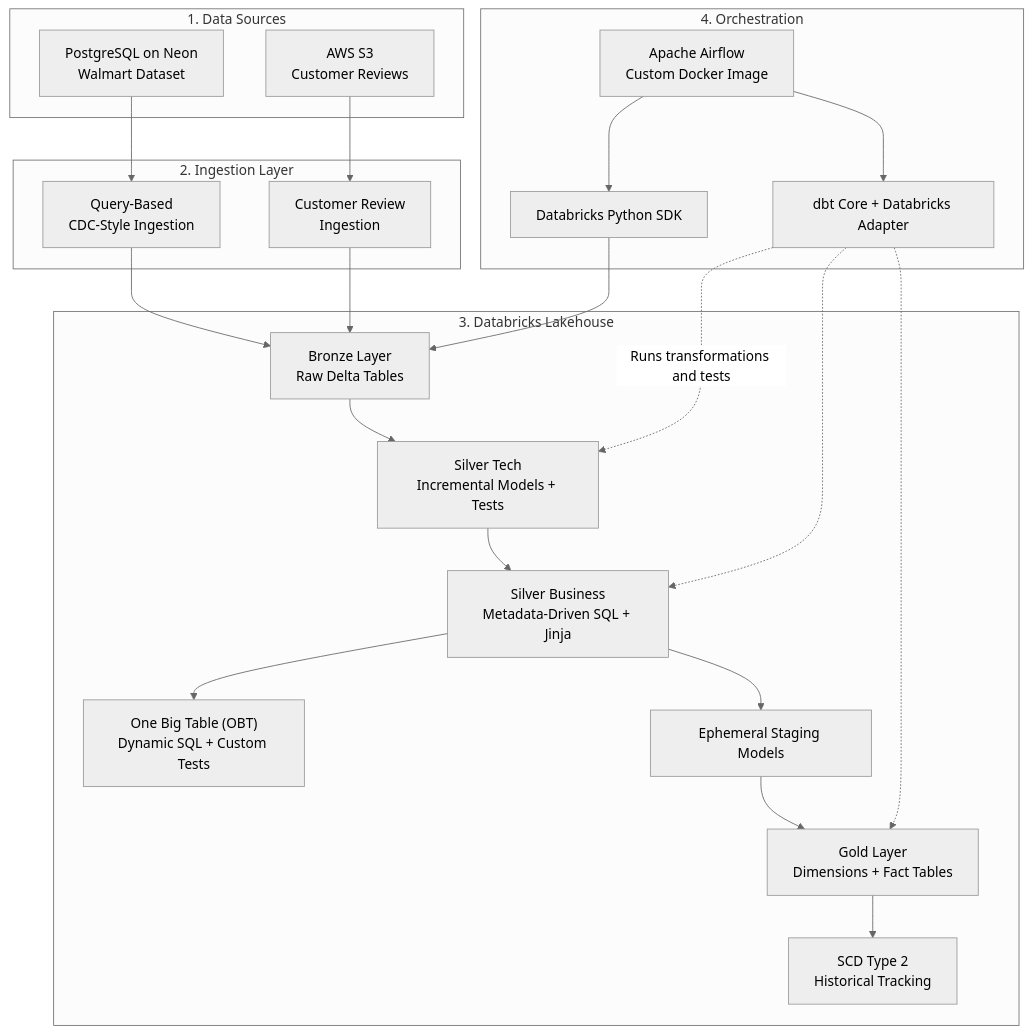
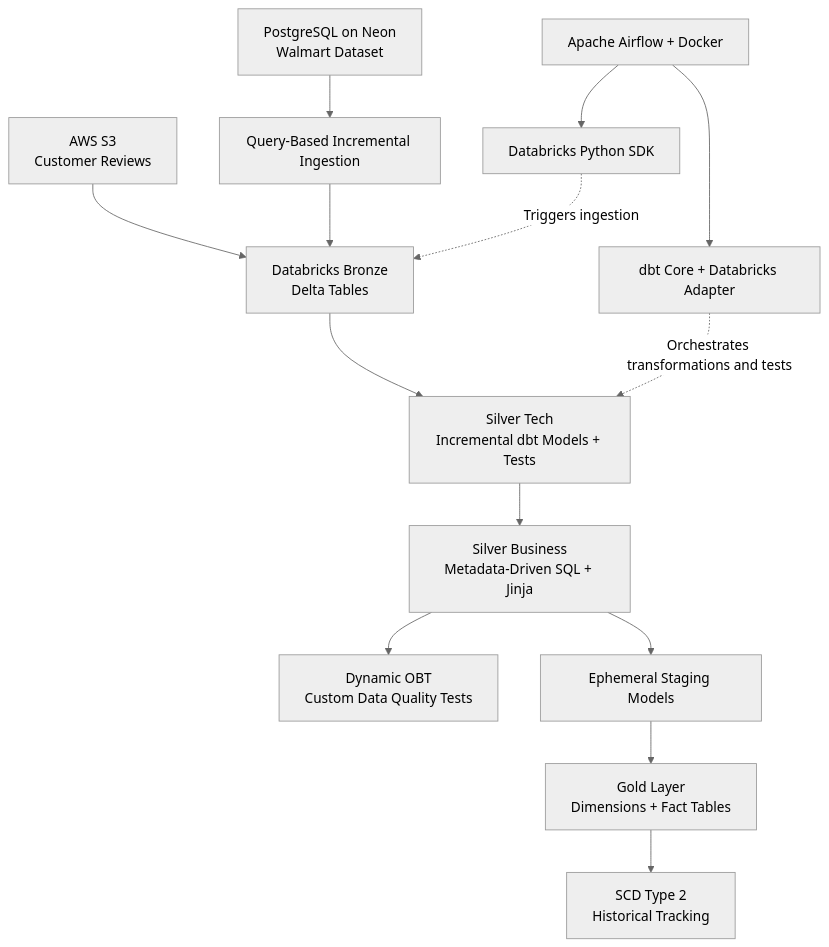
Before and after one commit to ManshiGupta1/walmart_airflow_dbt_data_engineering_project: the diagram in README.md, drawn with Mermaid (neutral theme).

````diff
--- a/README.md
+++ b/README.md
@@ -7,46 +8,18 @@
 ```mermaid
 flowchart TB
-    subgraph Sources["1. Data Sources"]
-        S3["AWS S3<br/>Customer Reviews"]
-        PG["PostgreSQL on Neon<br/>Walmart Dataset"]
-    end
+    S3["AWS S3<br/>Customer Reviews"] --> BR["Databricks Bronze<br/>Delta Tables"]
+    PG["PostgreSQL on Neon<br/>Walmart Dataset"] --> CDC["Query-Based Incremental Ingestion"]
+    CDC --> BR
 
-    subgraph Ingestion["2. Ingestion Layer"]
-        CDC["Query-Based<br/>CDC-Style Ingestion"]
-        REV["Customer Review<br/>Ingestion"]
-    end
+    BR --> ST["Silver Tech<br/>Incremental dbt Models + Tests"]
+    ST --> SB["Silver Business<br/>Metadata-Driven SQL + Jinja"]
+    SB --> OBT["Dynamic OBT<br/>Custom Data Quality Tests"]
+    SB --> EP["Ephemeral Staging Models"]
+    EP --> GOLD["Gold Layer<br/>Dimensions + Fact Tables"]
+    GOLD --> SCD["SCD Type 2<br/>Historical Tracking"]
 
-    subgraph Lakehouse["3. Databricks Lakehouse"]
-        BR["Bronze Layer<br/>Raw Delta Tables"]
-        ST["Silver Tech<br/>Incremental Models + Tests"]
-        SB["Silver Business<br/>Metadata-Driven SQL + Jinja"]
-        OBT["One Big Table (OBT)<br/>Dynamic SQL + Custom Tests"]
-        EP["Ephemeral Staging Models"]
-        GOLD["Gold Layer<br/>Dimensions + Fact Tables"]
-        SCD["SCD Type 2<br/>Historical Tracking"]
-    end
-
-    subgraph Orchestration["4. Orchestration"]
-        AF["Apache Airflow<br/>Custom Docker Image"]
-        SDK["Databricks Python SDK"]
-        DBT["dbt Core + Databricks Adapter"]
-    end
-
-    PG --> CDC
-    S3 --> REV
-    CDC --> BR
-    REV --> BR
-    BR --> ST
-    ST --> SB
-    SB --> OBT
-    SB --> EP
-    EP --> GOLD
-    GOLD --> SCD
-
-    AF --> SDK
-    SDK --> BR
-    AF --> DBT
-    DBT -. "Runs transformations and tests" .-> ST
-    DBT -.-> SB
-    DBT -.-> GOLD
+    AF["Apache Airflow + Docker"] --> SDK["Databricks Python SDK"]
+    AF --> DBT["dbt Core + Databricks Adapter"]
+    SDK -. "Triggers ingestion" .-> BR
+    DBT -. "Orchestrates transformations and tests" .-> ST
 ```
````
